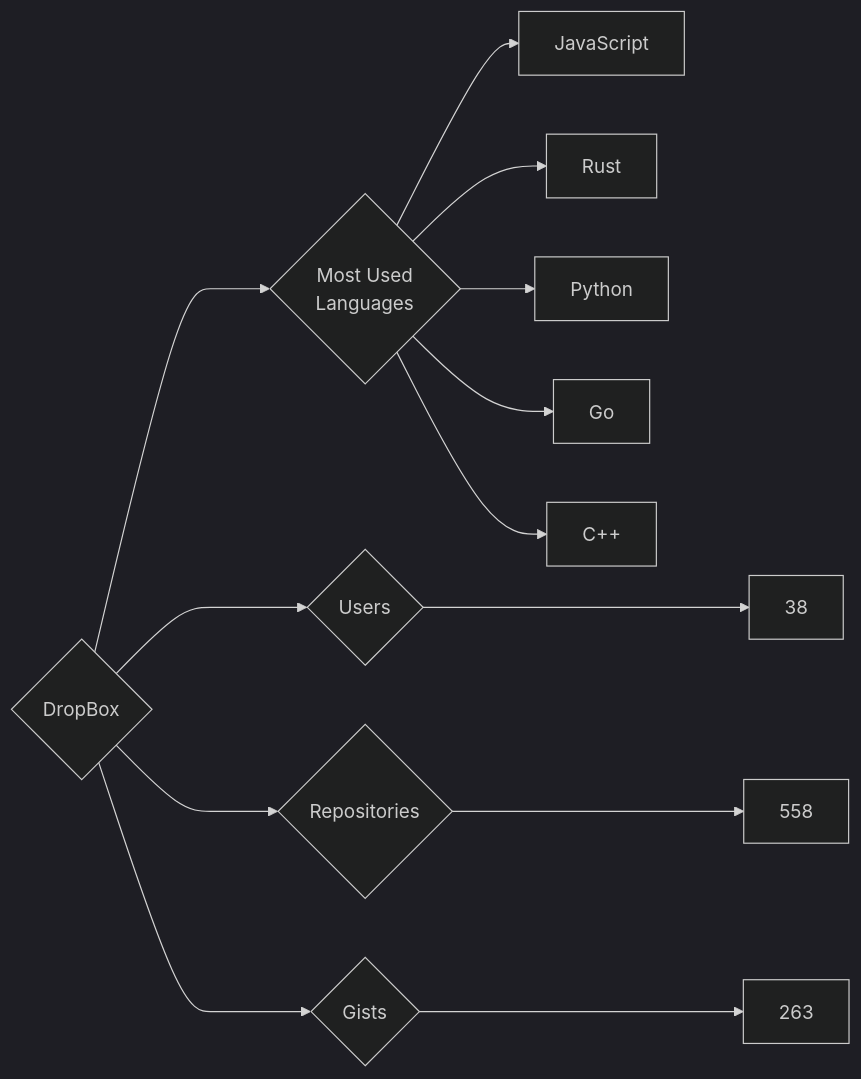
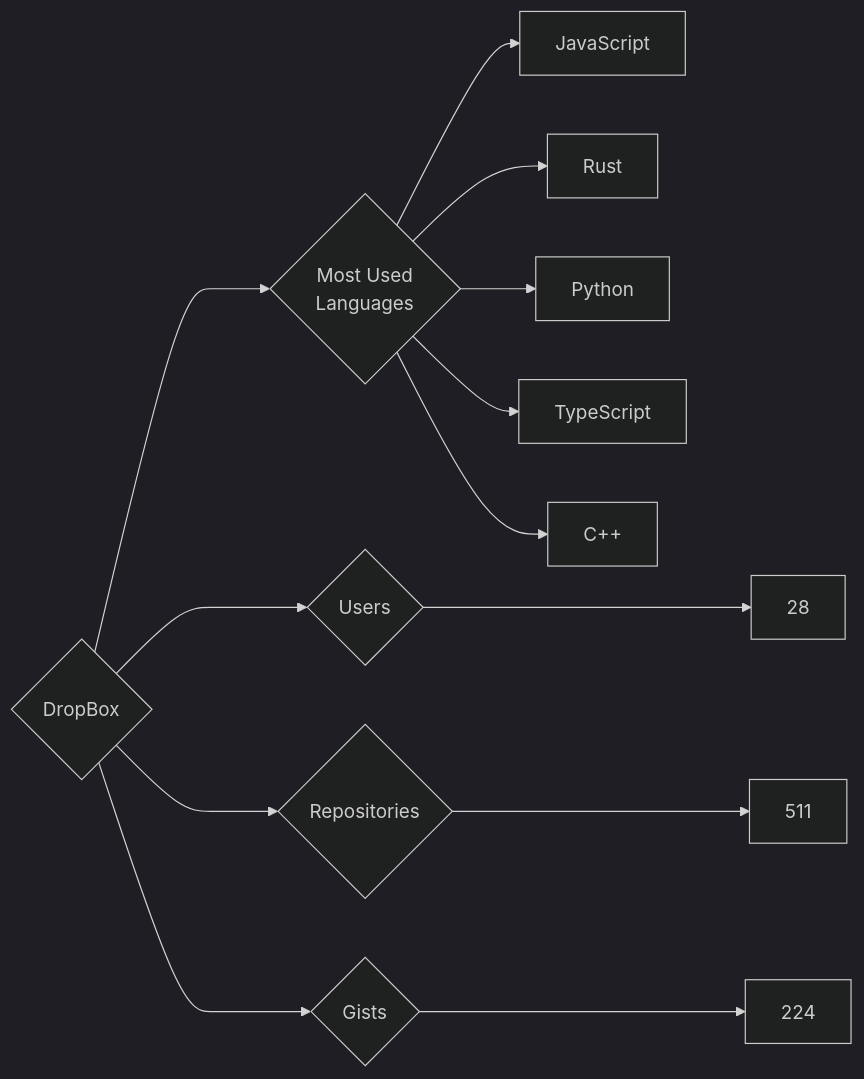
Before and after one commit to trickest/insiders: the diagram in targets/DropBox/README.md, drawn with Mermaid (dark theme). The commit also changed 748 other files, not shown here.

````diff
--- a/targets/DropBox/README.md
+++ b/targets/DropBox/README.md
@@ -3,13 +3,13 @@
 ```mermaid
 graph LR
 COMPANY_NAME{DropBox}
-COMPANY_NAME ---> U{Users} ---> UN[38]
-COMPANY_NAME ---> R{Repositories} ---> RN[558]
-COMPANY_NAME ---> G{Gists} ---> GN[263]
+COMPANY_NAME ---> U{Users} ---> UN[28]
+COMPANY_NAME ---> R{Repositories} ---> RN[511]
+COMPANY_NAME ---> G{Gists} ---> GN[224]
 COMPANY_NAME ---> ML{Most Used<br>Languages}
 ML --> JavaScript[JavaScript]
 ML --> Rust[Rust]
 ML --> Python[Python]
-ML --> Go[Go]
+ML --> TypeScript[TypeScript]
 ML --> C++[C++]
 ```
````
